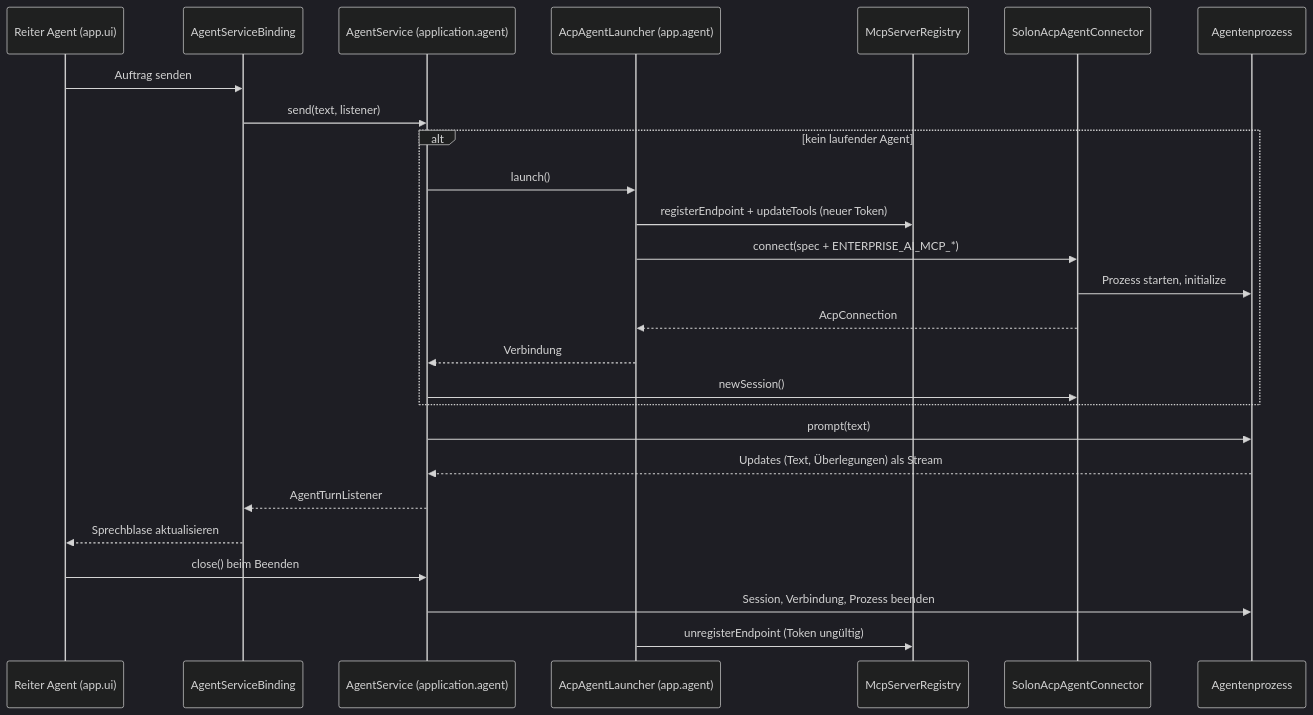
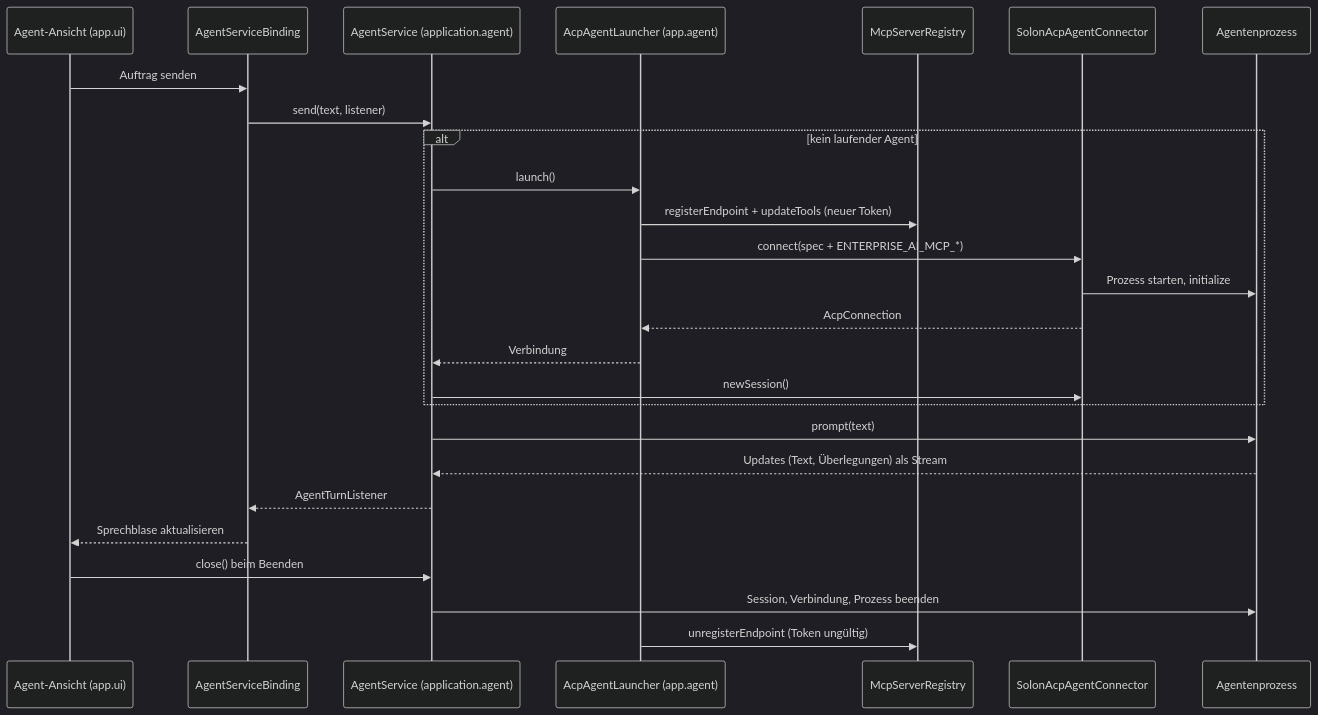
One commit to aresstack/enterprise-ai-client changed the diagram in docs/acp.md. Above: the diagram before and after it, drawn with Mermaid (dark theme). The commit also changed other lines of this file and 78 other files, not shown here.

````diff
--- a/docs/acp.md
+++ b/docs/acp.md
@@ -39,28 +39,28 @@
 ```mermaid
 sequenceDiagram
-    participant UI as Reiter Agent (app.ui)
+    participant UI as Agent-Ansicht (app.ui)
     participant B as AgentServiceBinding
     participant S as AgentService (application.agent)
     participant L as AcpAgentLauncher (app.agent)
     participant R as McpServerRegistry
     participant C as SolonAcpAgentConnector
     participant P as Agentenprozess
     UI->>B: Auftrag senden
     B->>S: send(text, listener)
     alt kein laufender Agent
         S->>L: launch()
         L->>R: registerEndpoint + updateTools (neuer Token)
         L->>C: connect(spec + ENTERPRISE_AI_MCP_*)
         C->>P: Prozess starten, initialize
         C-->>L: AcpConnection
         L-->>S: Verbindung
         S->>C: newSession()
     end
     S->>P: prompt(text)
     P-->>S: Updates (Text, Überlegungen) als Stream
     S-->>B: AgentTurnListener
     B-->>UI: Sprechblase aktualisieren
     UI->>S: close() beim Beenden
     S->>P: Session, Verbindung, Prozess beenden
     L->>R: unregisterEndpoint (Token ungültig)
 ```
````
